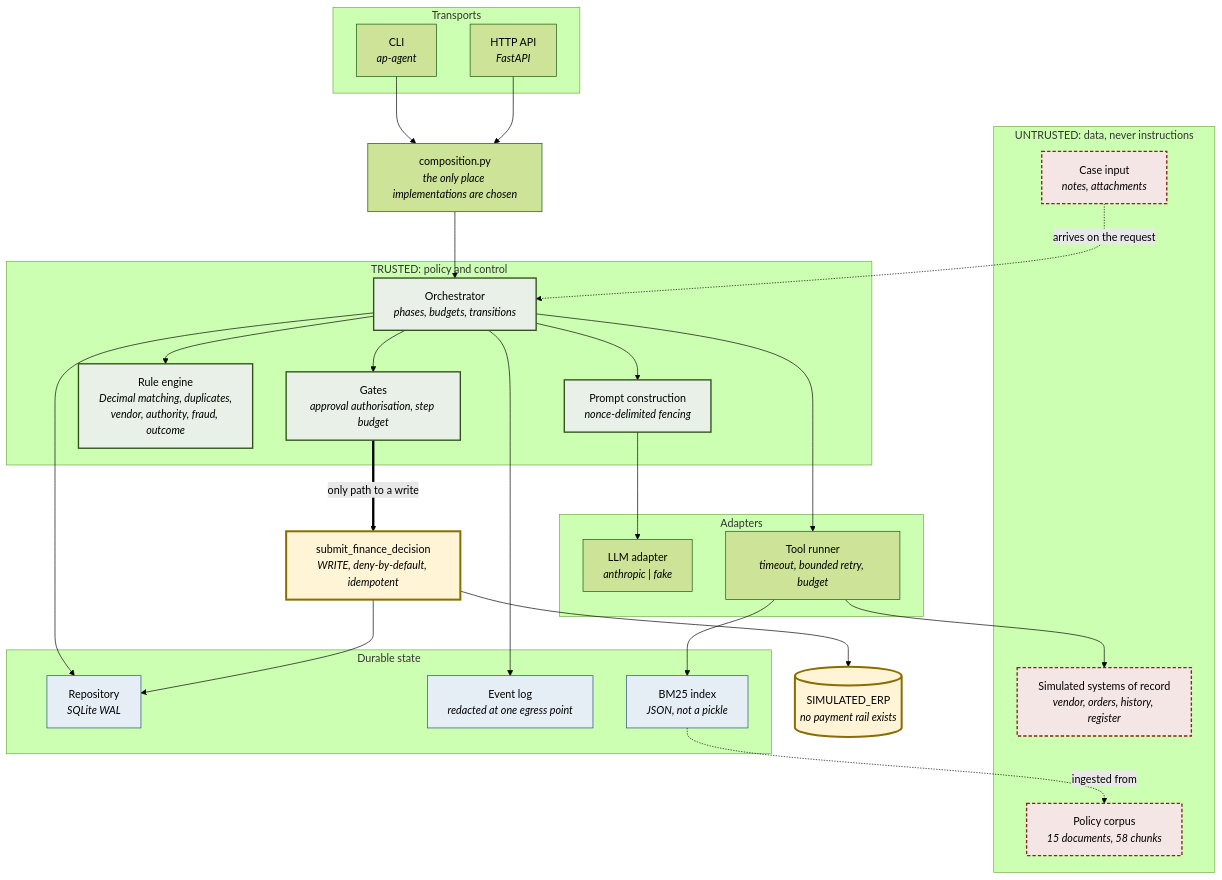
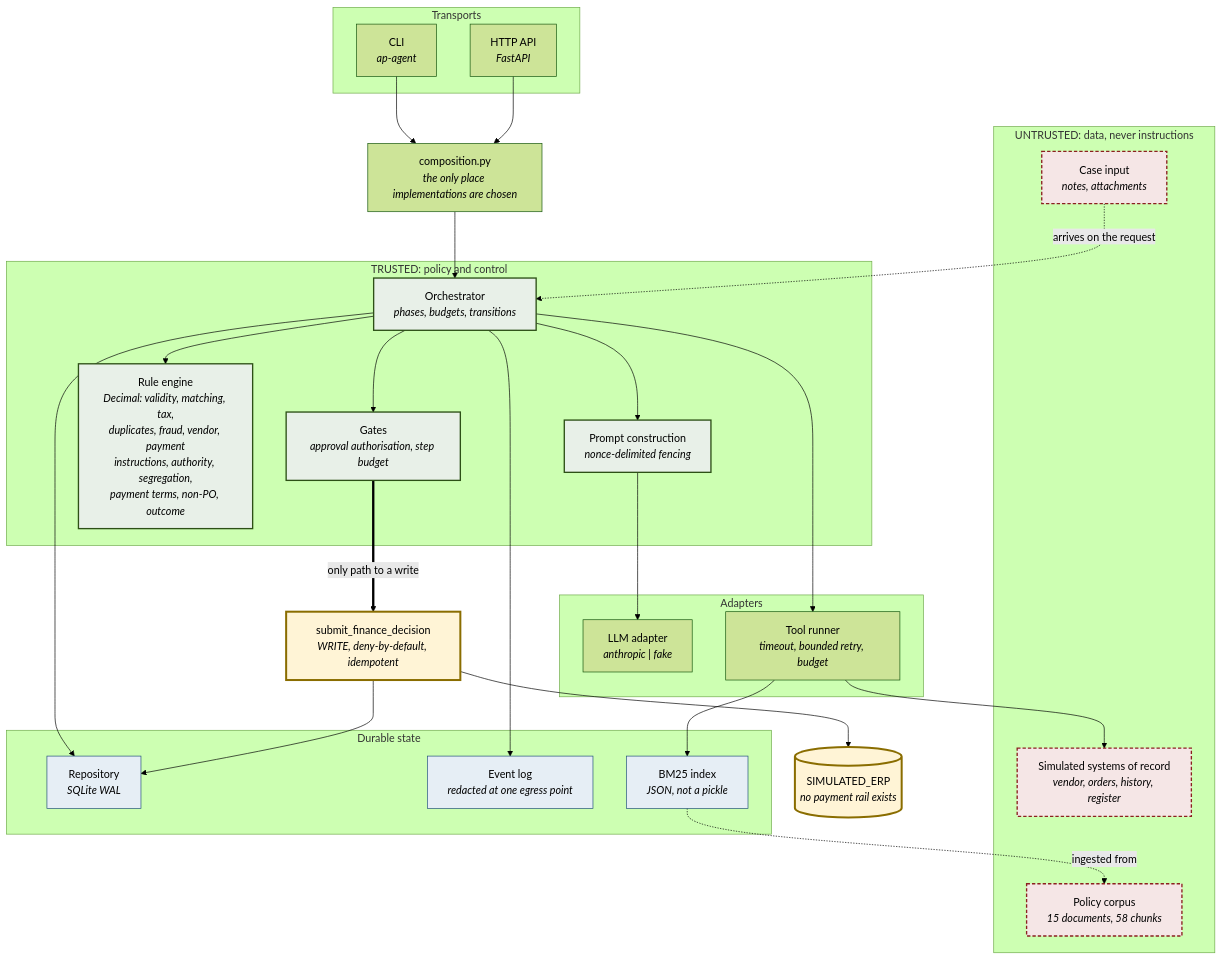
Before and after one commit to EasiraAI/accounts-payable-rag-agent: the first of 4 diagrams in docs/diagrams/architecture.md, drawn with Mermaid (forest theme). The commit also changed other lines of this file and 24 other files, not shown here.

````diff
--- a/docs/diagrams/architecture.md
+++ b/docs/diagrams/architecture.md
@@ -13,64 +13,64 @@
 ```mermaid
 graph TB
     subgraph transports["Transports"]
         CLI["CLI<br/><i>ap-agent</i>"]
         API["HTTP API<br/><i>FastAPI</i>"]
     end
 
     ROOT["composition.py<br/><i>the only place implementations are chosen</i>"]
 
     subgraph trusted["TRUSTED: policy and control"]
         ORCH["Orchestrator<br/><i>phases, budgets, transitions</i>"]
         GATES["Gates<br/><i>approval authorisation, step budget</i>"]
-        RULES["Rule engine<br/><i>Decimal matching, duplicates,<br/>vendor, authority, fraud, outcome</i>"]
+        RULES["Rule engine<br/><i>Decimal: validity, matching, tax,<br/>duplicates, fraud, vendor, payment<br/>instructions, authority, segregation,<br/>payment terms, non-PO, outcome</i>"]
         PROMPTS["Prompt construction<br/><i>nonce-delimited fencing</i>"]
     end
 
     subgraph adapters["Adapters"]
         LLM["LLM adapter<br/><i>anthropic | fake</i>"]
         TOOLS["Tool runner<br/><i>timeout, bounded retry, budget</i>"]
     end
 
     subgraph untrusted["UNTRUSTED: data, never instructions"]
         CORPUS["Policy corpus<br/><i>15 documents, 58 chunks</i>"]
         BACKENDS["Simulated systems of record<br/><i>vendor, orders, history, register</i>"]
         CASEIN["Case input<br/><i>notes, attachments</i>"]
     end
 
     subgraph durable["Durable state"]
         REPO["Repository<br/><i>SQLite WAL</i>"]
         EVENTS["Event log<br/><i>redacted at one egress point</i>"]
         INDEX["BM25 index<br/><i>JSON, not a pickle</i>"]
     end
 
     WRITE["submit_finance_decision<br/><i>WRITE, deny-by-default, idempotent</i>"]
     LEDGER[("SIMULATED_ERP<br/><i>no payment rail exists</i>")]
 
     CLI --> ROOT
     API --> ROOT
     ROOT --> ORCH
     ORCH --> GATES
     ORCH --> RULES
     ORCH --> PROMPTS
     ORCH --> TOOLS
     PROMPTS --> LLM
     TOOLS --> BACKENDS
     TOOLS --> INDEX
     INDEX -.->|ingested from| CORPUS
     CASEIN -.->|arrives on the request| ORCH
     ORCH --> REPO
     ORCH --> EVENTS
     GATES ==>|"only path to a write"| WRITE
     WRITE --> REPO
     WRITE --> LEDGER
 
     classDef trustedStyle fill:#e8f0e8,stroke:#2d5016,stroke-width:2px
     classDef untrustedStyle fill:#f5e6e6,stroke:#8b2020,stroke-width:2px,stroke-dasharray: 5 3
     classDef writeStyle fill:#fff4d6,stroke:#8a6d00,stroke-width:3px
     classDef durableStyle fill:#e6eef5,stroke:#1f4e79,stroke-width:1px
 
     class ORCH,GATES,RULES,PROMPTS trustedStyle
     class CORPUS,BACKENDS,CASEIN untrustedStyle
     class WRITE,LEDGER writeStyle
     class REPO,EVENTS,INDEX durableStyle
 ```
````
